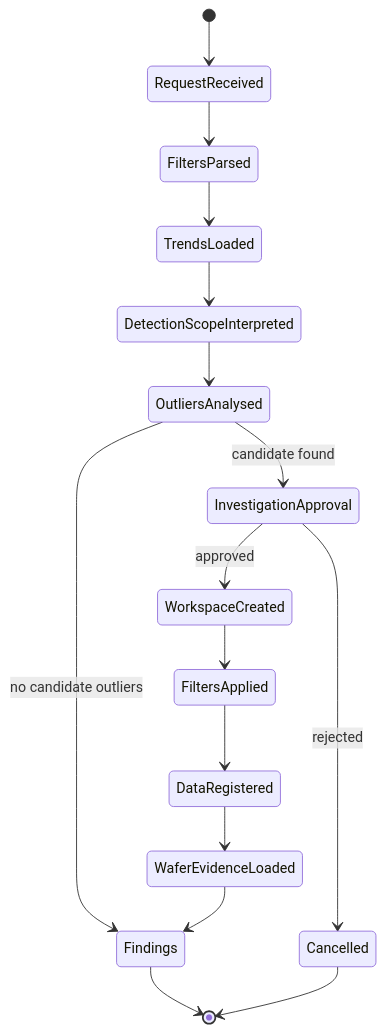
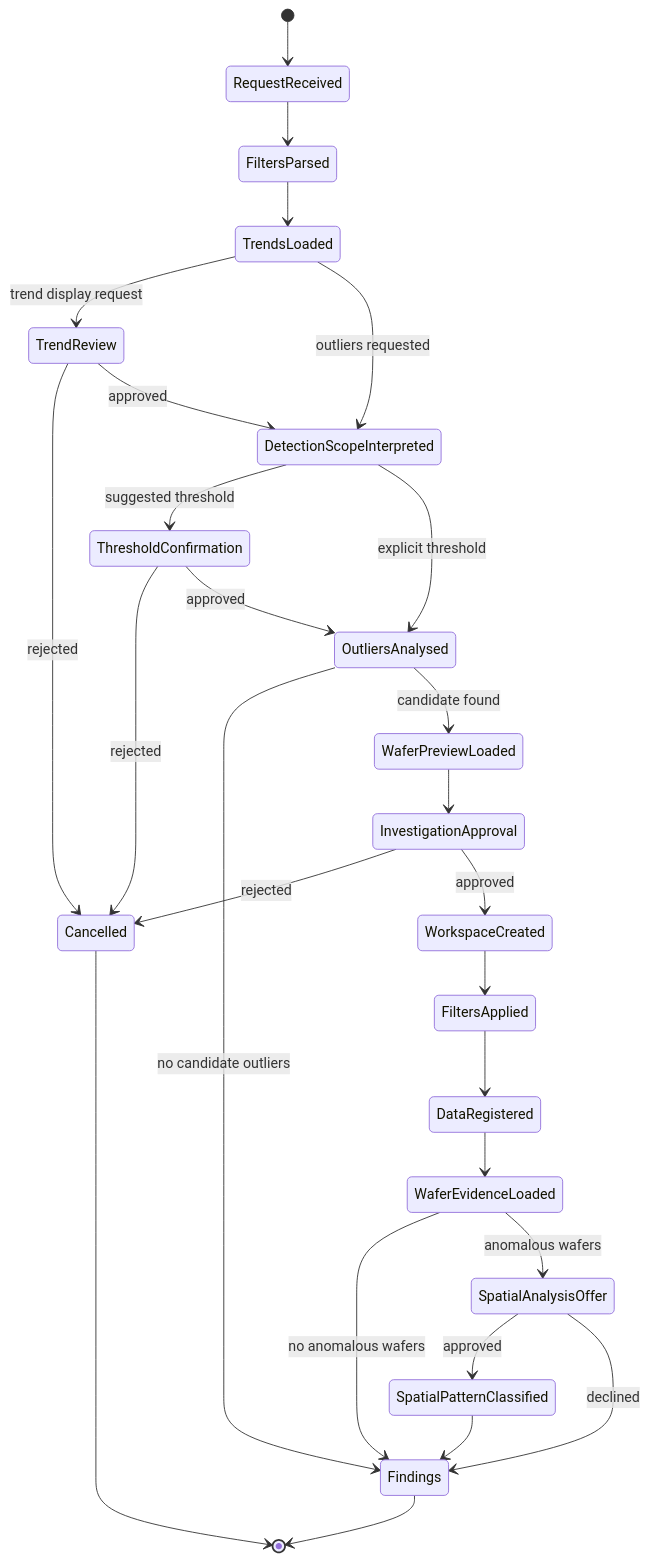
One commit to girishchanderkalia/analytics-agent-fwk changed the diagram in agents/opo-monitoring/state-model.md. Above: the diagram before and after it, drawn with Mermaid. The commit also changed other lines of this file and 190 other files, not shown here.

````diff
--- a/agents/opo-monitoring/state-model.md
+++ b/agents/opo-monitoring/state-model.md
@@ -144,22 +176,34 @@
 ```mermaid
 stateDiagram-v2
     [*] --> RequestReceived
     RequestReceived --> FiltersParsed
     FiltersParsed --> TrendsLoaded
-    TrendsLoaded --> DetectionScopeInterpreted
-    DetectionScopeInterpreted --> OutliersAnalysed
+    TrendsLoaded --> TrendReview: trend display request
+    TrendsLoaded --> DetectionScopeInterpreted: outliers requested
+    TrendReview --> Cancelled: rejected
+    TrendReview --> DetectionScopeInterpreted: approved
+
+    DetectionScopeInterpreted --> ThresholdConfirmation: suggested threshold
+    DetectionScopeInterpreted --> OutliersAnalysed: explicit threshold
+    ThresholdConfirmation --> Cancelled: rejected
+    ThresholdConfirmation --> OutliersAnalysed: approved
 
     OutliersAnalysed --> Findings: no candidate outliers
-    OutliersAnalysed --> InvestigationApproval: candidate found
+    OutliersAnalysed --> WaferPreviewLoaded: candidate found
+    WaferPreviewLoaded --> InvestigationApproval
 
     InvestigationApproval --> Cancelled: rejected
     InvestigationApproval --> WorkspaceCreated: approved
 
     WorkspaceCreated --> FiltersApplied
     FiltersApplied --> DataRegistered
     DataRegistered --> WaferEvidenceLoaded
-    WaferEvidenceLoaded --> Findings
+    WaferEvidenceLoaded --> Findings: no anomalous wafers
+    WaferEvidenceLoaded --> SpatialAnalysisOffer: anomalous wafers
+    SpatialAnalysisOffer --> SpatialPatternClassified: approved
+    SpatialAnalysisOffer --> Findings: declined
+    SpatialPatternClassified --> Findings
 
     Findings --> [*]
     Cancelled --> [*]
 ```
````
